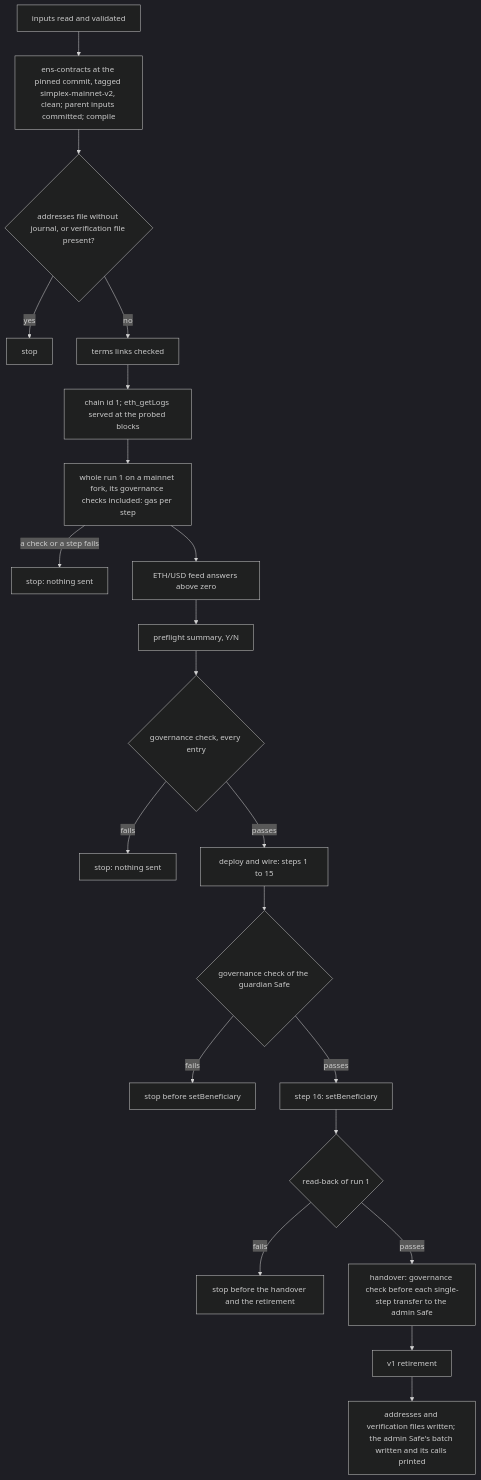
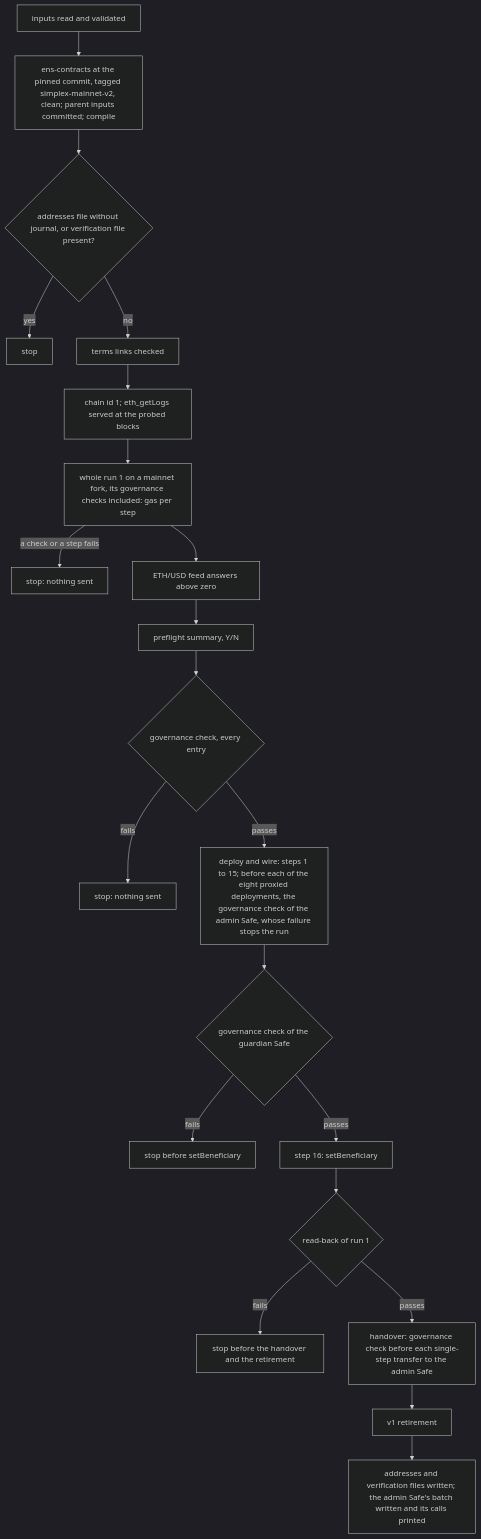
Before and after one commit to brenzi-agent/simplex-namespace-contract: the second of 7 diagrams in docs/deployment.md, drawn with Mermaid (dark theme). The commit also changed other lines of this file, not shown here.

Commit message:
docs: runbook for the round-3 scripts, Safe signing and run 1 from main

````diff
--- a/docs/deployment.md
+++ b/docs/deployment.md
@@ -421,23 +425,23 @@
 ```mermaid
 flowchart TD
   I[inputs read and validated] --> T[ens-contracts at the pinned commit, tagged simplex-mainnet-v2, clean; parent inputs committed; compile]
   T --> P{addresses file without journal, or verification file present?}
   P -->|yes| S1[stop]
   P -->|no| L[terms links checked]
   L --> C[chain id 1; eth_getLogs served at the probed blocks]
   C --> F[whole run 1 on a mainnet fork, its governance checks included: gas per step]
   F -->|a check or a step fails| S5[stop: nothing sent]
   F --> E[ETH/USD feed answers above zero]
   E --> Y[preflight summary, Y/N]
   Y --> G{governance check, every entry}
   G -->|fails| S2[stop: nothing sent]
-  G -->|passes| W[deploy and wire: steps 1 to 15]
+  G -->|passes| W[deploy and wire: steps 1 to 15; before each of the eight proxied deployments, the governance check of the admin Safe, whose failure stops the run]
   W --> GB{governance check of the guardian Safe}
   GB -->|fails| S4[stop before setBeneficiary]
   GB -->|passes| B[step 16: setBeneficiary]
   B --> R{read-back of run 1}
   R -->|fails| S3[stop before the handover and the retirement]
   R -->|passes| H[handover: governance check before each single-step transfer to the admin Safe]
   H --> V[v1 retirement]
   V --> O[addresses and verification files written; the admin Safe's batch written and its calls printed]
 ```
````
